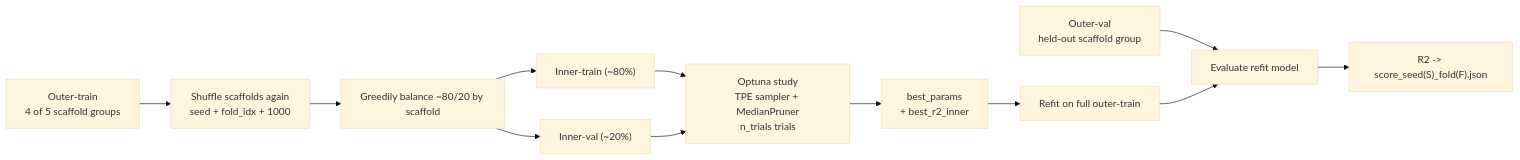
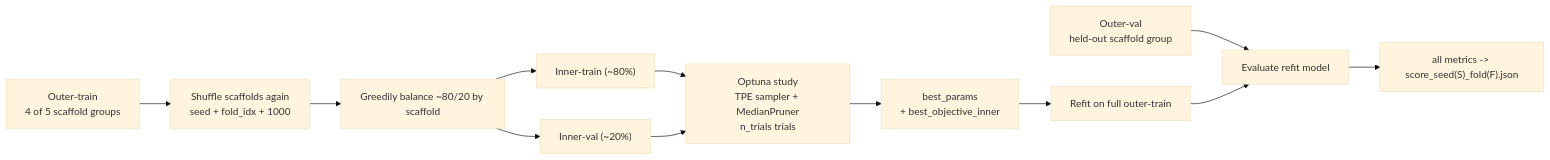
One commit to ribesstefano/RetroTAC changed the third of 3 diagrams in CONTRIBUTING.md. Above: the diagram before and after it, drawn with Mermaid (base theme). The commit also changed other lines of this file and 12 other files, not shown here.

````diff
--- a/CONTRIBUTING.md
+++ b/CONTRIBUTING.md
@@ -196,14 +196,14 @@
 ```mermaid
 flowchart LR
     OT["Outer-train<br/>4 of 5 scaffold groups"] --> SH2["Shuffle scaffolds again<br/>seed + fold_idx + 1000"]
     SH2 --> SPLIT["Greedily balance ~80/20 by scaffold"]
     SPLIT --> ITR["Inner-train (~80%)"]
     SPLIT --> IVAL["Inner-val (~20%)"]
     ITR --> OPT["Optuna study<br/>TPE sampler + MedianPruner<br/>n_trials trials"]
     IVAL --> OPT
-    OPT --> BEST["best_params<br/>+ best_r2_inner"]
+    OPT --> BEST["best_params<br/>+ best_objective_inner"]
     BEST --> REFIT2["Refit on full outer-train"]
     OV["Outer-val<br/>held-out scaffold group"] --> SCORE["Evaluate refit model"]
     REFIT2 --> SCORE
-    SCORE --> R2OUT["R2 -> score_seed(S)_fold(F).json"]
+    SCORE --> R2OUT["all metrics -> score_seed(S)_fold(F).json"]
 ```
````
